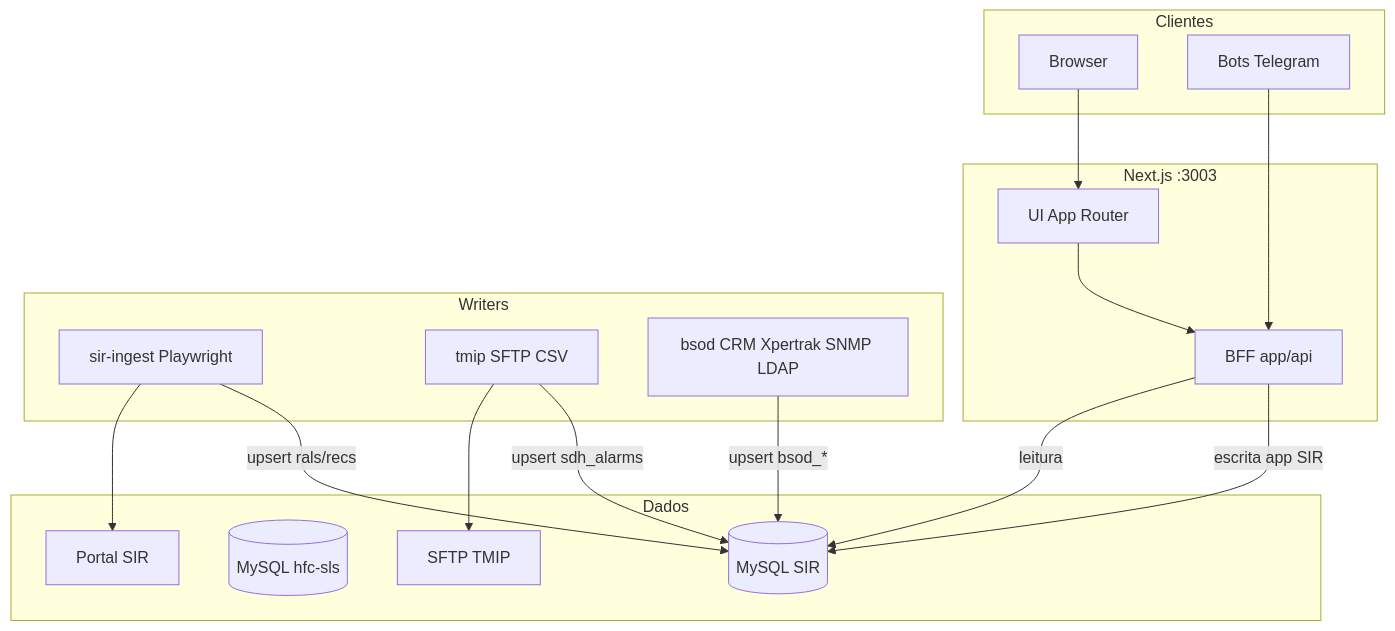
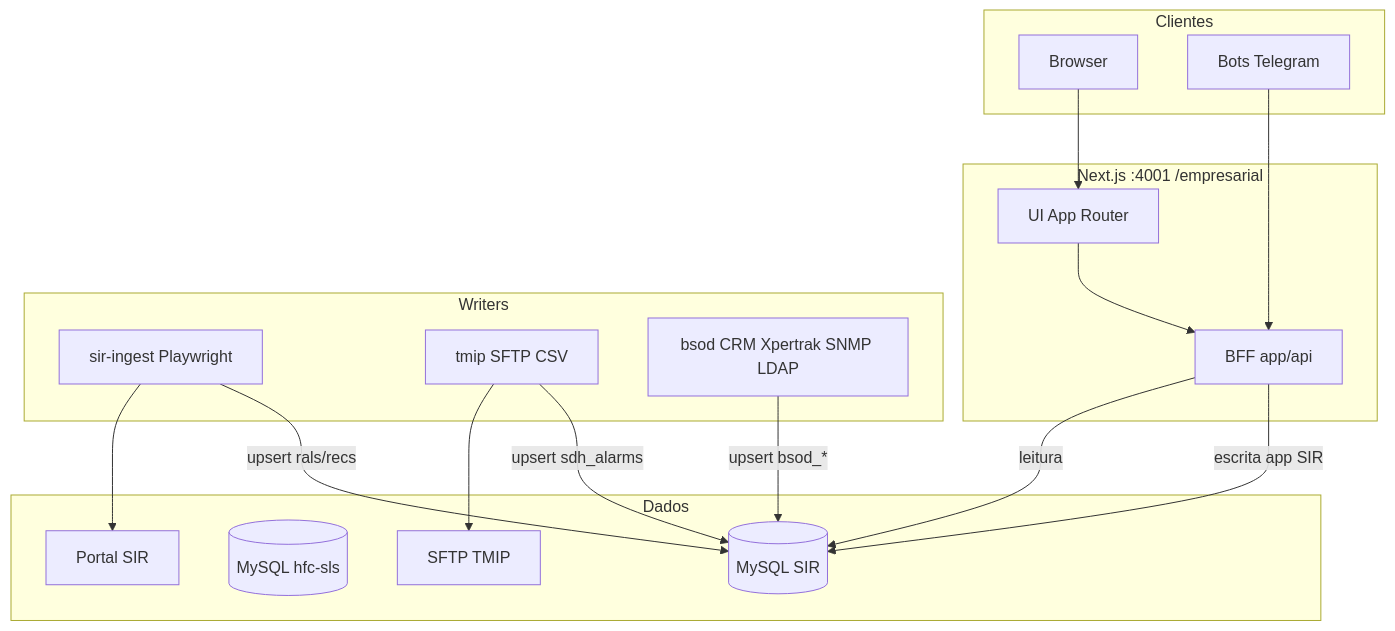
Before and after one commit to rafaellcardooso/empresarial-grno: the diagram in docs/architecture/overview.md, drawn with Mermaid. The commit also changed other lines of this file and 28 other files, not shown here.

````diff
--- a/docs/architecture/overview.md
+++ b/docs/architecture/overview.md
@@ -13,35 +13,35 @@
 ```mermaid
 flowchart TB
   subgraph clients [Clientes]
     browser[Browser]
     telegram[Bots Telegram]
   end
 
-  subgraph next [Next.js :3003]
+  subgraph next [Next.js :4001 /empresarial]
     ui[UI App Router]
     bff[BFF app/api]
   end
 
   subgraph writers [Writers]
     sirIngest[sir-ingest Playwright]
     tmip[tmip SFTP CSV]
     bsodWorker[bsod CRM Xpertrak SNMP LDAP]
   end
 
   subgraph data [Dados]
     sirDb[(MySQL SIR)]
     hfcDb[(MySQL hfc-sls)]
     sirWeb[Portal SIR]
     tmipSftp[SFTP TMIP]
   end
 
   browser --> ui --> bff
   telegram --> bff
   bff -->|leitura| sirDb
     bff -->|escrita app SIR| sirDb
   sirIngest --> sirWeb
   sirIngest -->|upsert rals/recs| sirDb
   tmip --> tmipSftp
   tmip -->|upsert sdh_alarms| sirDb
   bsodWorker -->|upsert bsod_*| sirDb
 ```
````
